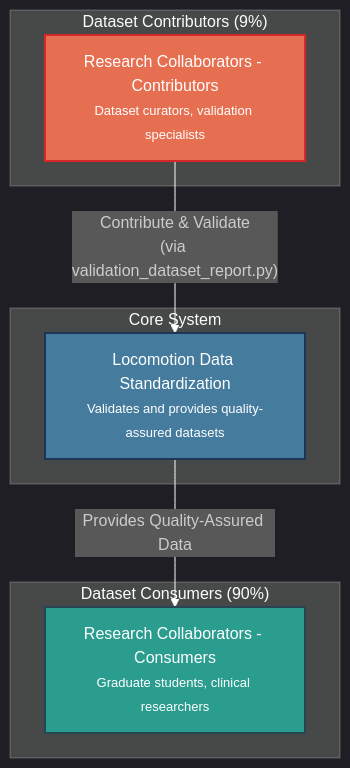
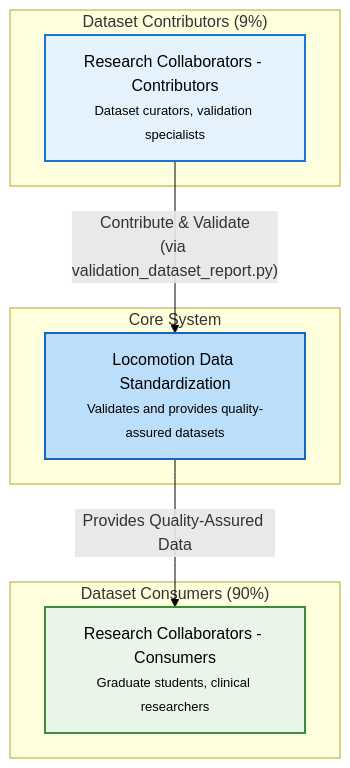
One commit to jmontp/LocoHub changed the diagram in docs/software_engineering/docs/01_USER_GUIDE.md. Above: the diagram before and after it, drawn with Mermaid. The commit also changed other lines of this file and 14 other files, not shown here.

````diff
--- a/docs/software_engineering/docs/01_USER_GUIDE.md
+++ b/docs/software_engineering/docs/01_USER_GUIDE.md
@@ -221,24 +76,24 @@
 ```mermaid
-%%{init: {'theme': 'dark'}}%%
+%%{init: {'theme': 'default'}}%%
 graph TD
     subgraph "Dataset Contributors (9%)"
         contributors["Research Collaborators - Contributors<br/><font size='-1'>Dataset curators, validation specialists</font>"]
     end
 
     subgraph "Dataset Consumers (90%)"  
         consumers["Research Collaborators - Consumers<br/><font size='-1'>Graduate students, clinical researchers</font>"]
     end
 
     subgraph "Core System"
         system["Locomotion Data Standardization<br/><font size='-1'>Validates and provides quality-assured datasets</font>"]
     end
 
     contributors -- "Contribute & Validate<br/>(via validation_dataset_report.py)" --> system
     system -- "Provides Quality-Assured Data" --> consumers
     
-    style contributors fill:#e76f51,stroke:#d62828,stroke-width:2px,color:#ffffff
-    style consumers fill:#2a9d8f,stroke:#264653,stroke-width:2px,color:#ffffff
-    style system fill:#457b9d,stroke:#1d3557,stroke-width:2px,color:#ffffff
+    style contributors fill:#e3f2fd,stroke:#1976d2,stroke-width:2px,color:#000000
+    style consumers fill:#e8f5e8,stroke:#388e3c,stroke-width:2px,color:#000000
+    style system fill:#bbdefb,stroke:#1565c0,stroke-width:2px,color:#000000
     
-    linkStyle default stroke:white
+    linkStyle default stroke:black
 ```
````
